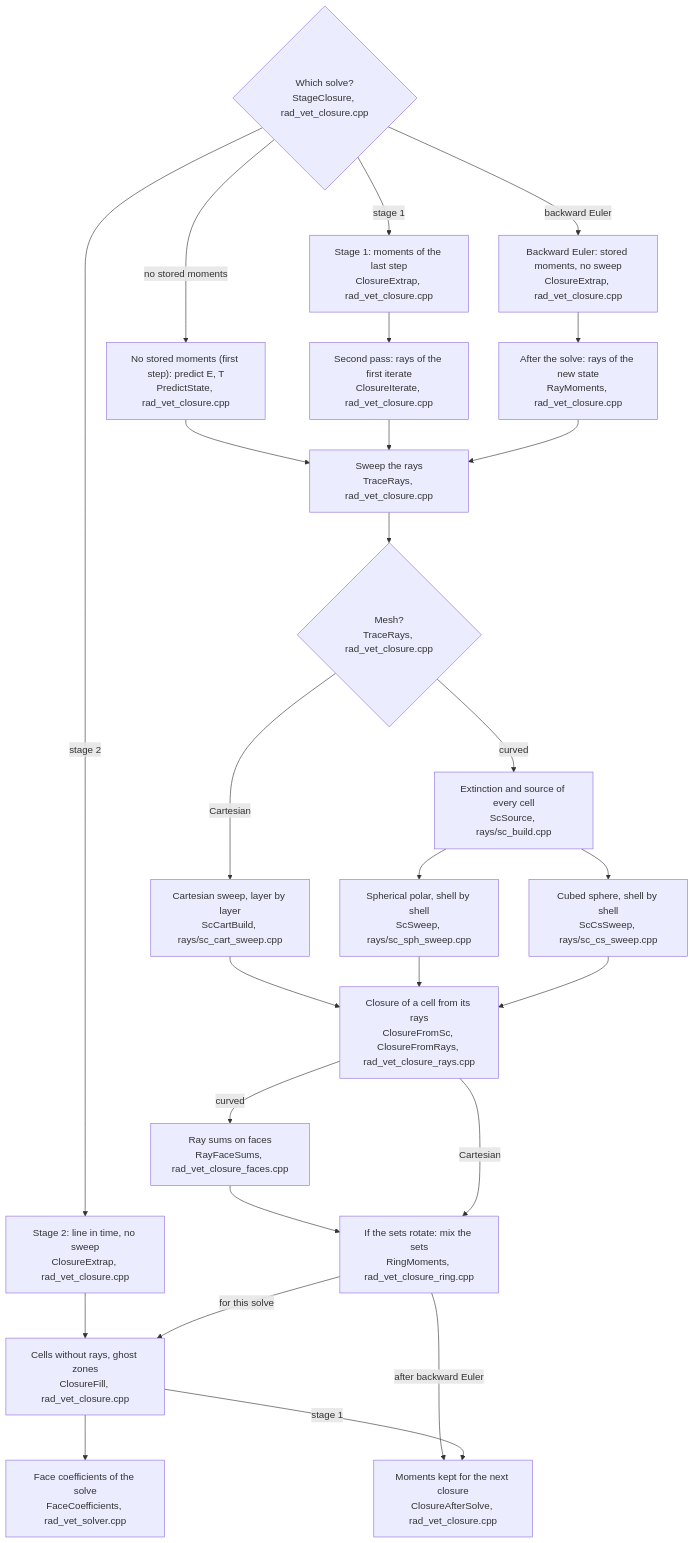
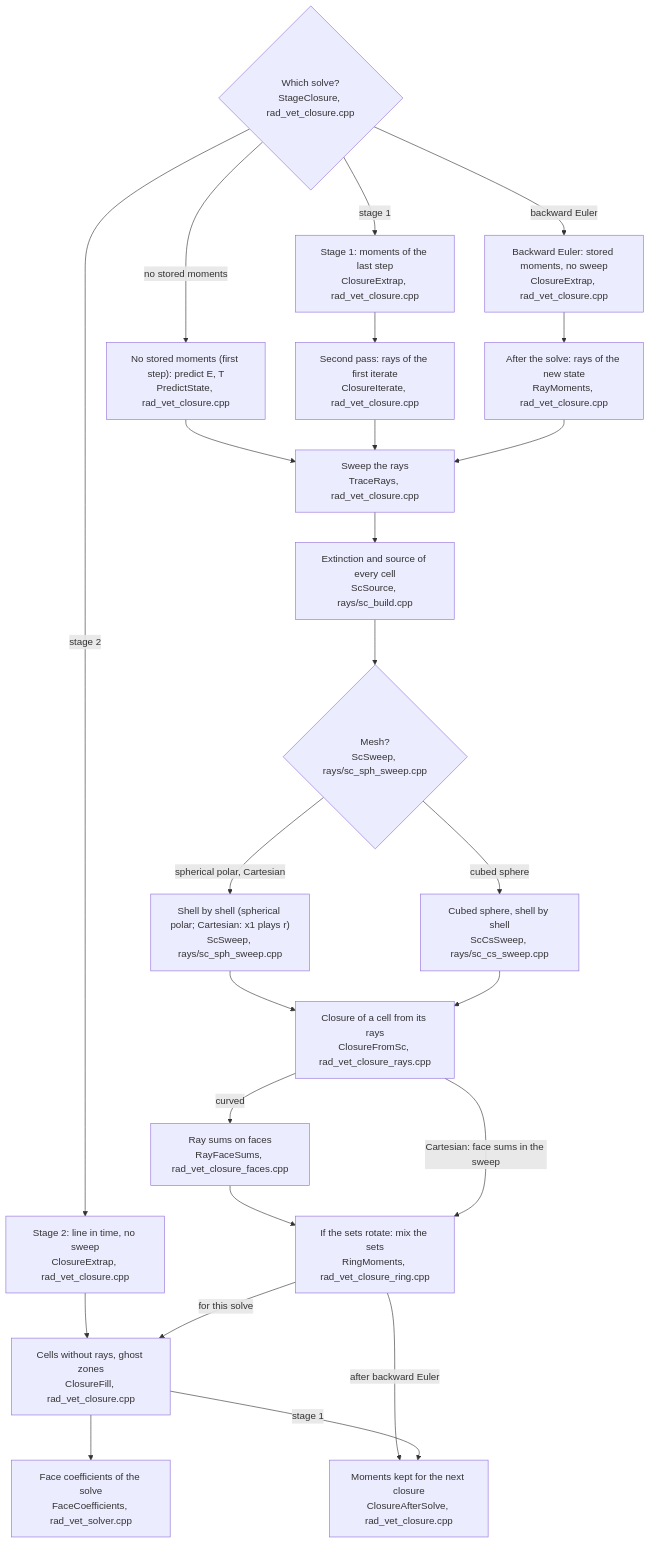
The diagram in docs/vet_clean/figures/flow/closure.mmd (jing-ze-ma/athenak), drawn with Mermaid before and after one commit. The commit also changed 26 other files, not shown here.

```diff
--- a/docs/vet_clean/figures/flow/closure.mmd
+++ b/docs/vet_clean/figures/flow/closure.mmd
@@ -1,35 +1,32 @@
 %% The closure and when rays are swept (clean_closure = extrap1, time2_tableau = sdirk2)
 flowchart TD
   which{"Which solve?<br/>StageClosure, rad_vet_closure.cpp"}
   none["No stored moments (first step): predict E, T<br/>PredictState, rad_vet_closure.cpp"]
   s1["Stage 1: moments of the last step<br/>ClosureExtrap, rad_vet_closure.cpp"]
   s1b["Second pass: rays of the first iterate<br/>ClosureIterate, rad_vet_closure.cpp"]
   s2["Stage 2: line in time, no sweep<br/>ClosureExtrap, rad_vet_closure.cpp"]
   beu["Backward Euler: stored moments, no sweep<br/>ClosureExtrap, rad_vet_closure.cpp"]
   beu2["After the solve: rays of the new state<br/>RayMoments, rad_vet_closure.cpp"]
   tr["Sweep the rays<br/>TraceRays, rad_vet_closure.cpp"]
-  mesh{"Mesh?<br/>TraceRays, rad_vet_closure.cpp"}
-  cart["Cartesian sweep, layer by layer<br/>ScCartBuild, rays/sc_cart_sweep.cpp"]
   src["Extinction and source of every cell<br/>ScSource, rays/sc_build.cpp"]
-  sp["Spherical polar, shell by shell<br/>ScSweep, rays/sc_sph_sweep.cpp"]
+  mesh{"Mesh?<br/>ScSweep, rays/sc_sph_sweep.cpp"}
+  sp["Shell by shell (spherical polar; Cartesian: x1 plays r)<br/>ScSweep, rays/sc_sph_sweep.cpp"]
   cs["Cubed sphere, shell by shell<br/>ScCsSweep, rays/sc_cs_sweep.cpp"]
-  cell["Closure of a cell from its rays<br/>ClosureFromSc, ClosureFromRays, rad_vet_closure_rays.cpp"]
+  cell["Closure of a cell from its rays<br/>ClosureFromSc, rad_vet_closure_rays.cpp"]
   ring["If the sets rotate: mix the sets<br/>RingMoments, rad_vet_closure_ring.cpp"]
   face["Ray sums on faces<br/>RayFaceSums, rad_vet_closure_faces.cpp"]
   fill["Cells without rays, ghost zones<br/>ClosureFill, rad_vet_closure.cpp"]
   use["Face coefficients of the solve<br/>FaceCoefficients, rad_vet_solver.cpp"]
   keep["Moments kept for the next closure<br/>ClosureAfterSolve, rad_vet_closure.cpp"]
   which -->|no stored moments| none --> tr
   which -->|stage 1| s1 --> s1b --> tr
   which -->|stage 2| s2 --> fill
   which -->|backward Euler| beu --> beu2 --> tr
-  tr --> mesh
-  mesh -->|Cartesian| cart --> cell
-  mesh -->|curved| src
-  src --> sp --> cell
-  src --> cs --> cell
+  tr --> src --> mesh
+  mesh -->|spherical polar, Cartesian| sp --> cell
+  mesh -->|cubed sphere| cs --> cell
   cell -->|curved| face --> ring
-  cell -->|Cartesian| ring
+  cell -->|Cartesian: face sums in the sweep| ring
   ring -->|for this solve| fill --> use
   ring -->|after backward Euler| keep
   fill -->|stage 1| keep
```
